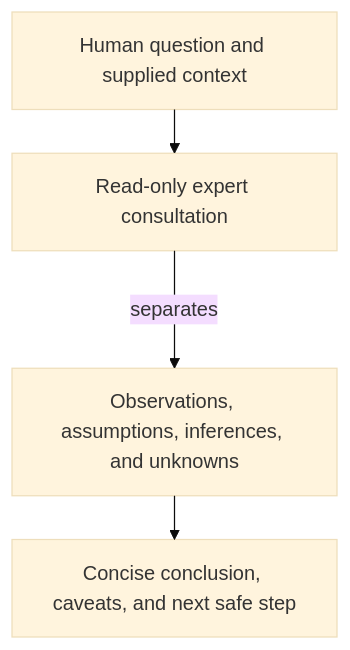
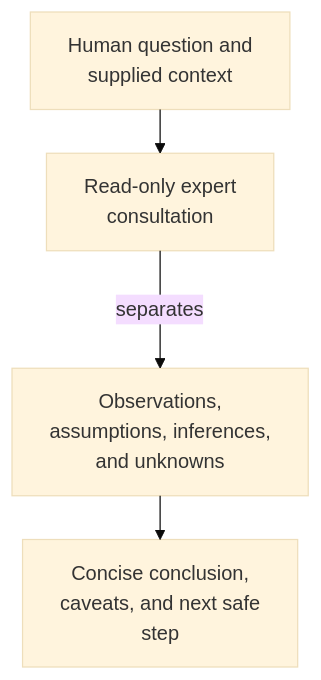
Before and after one commit to abstract-business-systems/as-is: the diagram in agents/expert/as-is.md, drawn with Mermaid (base theme). The commit also changed 47 other files, not shown here.

Commit message:
docs(diagrams): improve Mermaid readability validation

````diff
--- a/agents/expert/as-is.md
+++ b/agents/expert/as-is.md
@@ -16,10 +16,10 @@
 ```mermaid
 ---
 config:
   layout: elk
 ---
 flowchart TB
-    Question["Human question and supplied context"] --> Expert["Read-only expert consultation"]
-    Expert -->|separates| Analysis["Observations, assumptions, inferences, and unknowns"]
-    Analysis --> Consultation["Concise conclusion, caveats, and next safe step"]
+    Question["Human question and<br/>supplied context"] --> Expert["Read-only expert<br/>consultation"]
+    Expert -->|separates| Analysis["Observations,<br/>assumptions, inferences,<br/>and unknowns"]
+    Analysis --> Consultation["Concise conclusion,<br/>caveats, and next safe<br/>step"]
 ```
````
